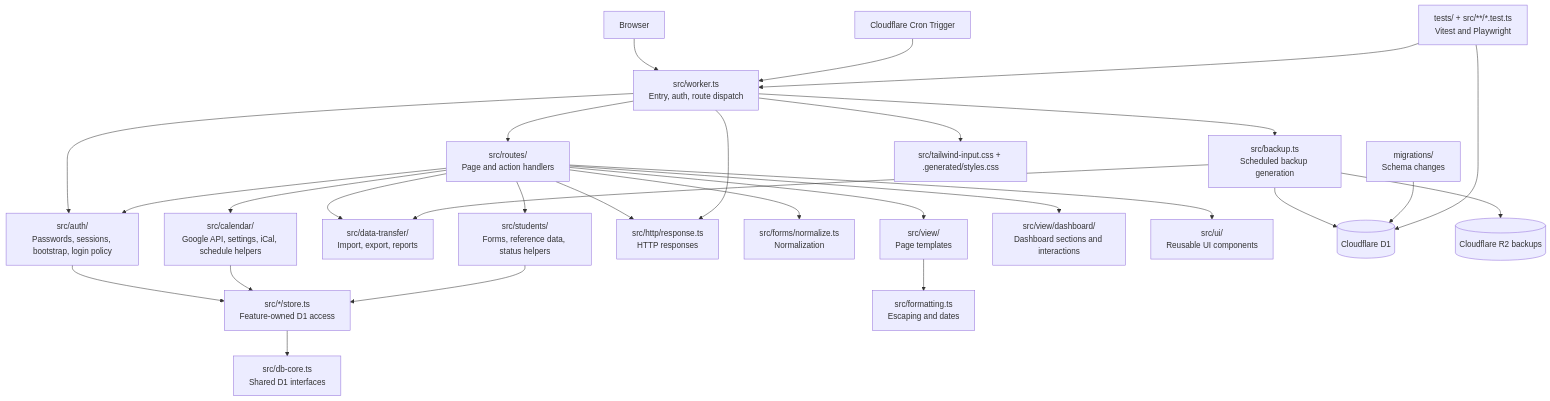
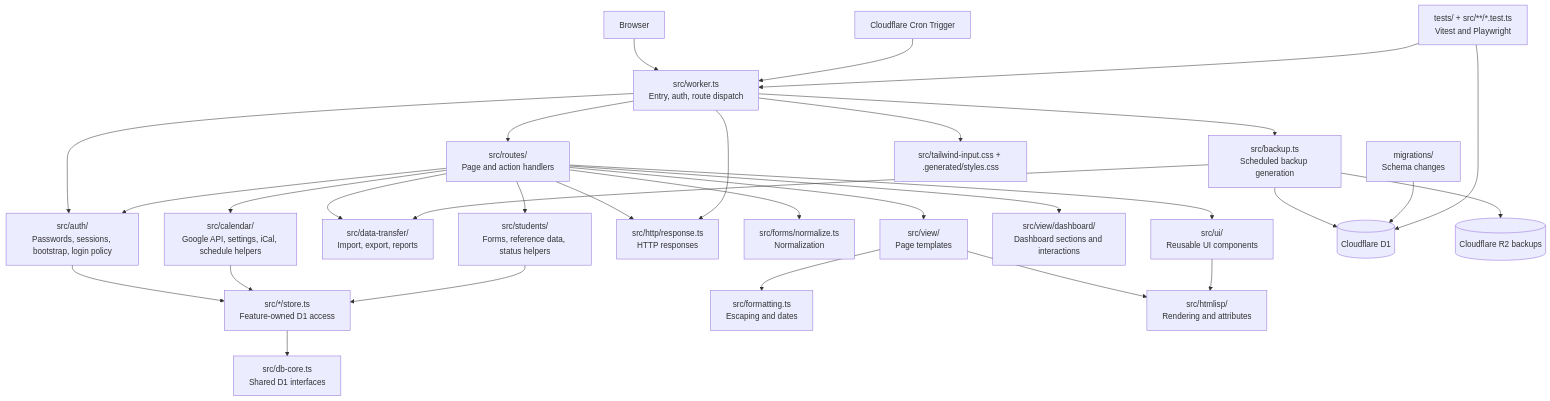
One commit to bebraw/thesis-journey-tracker changed the diagram in docs/project-structure.md. Above: the diagram before and after it, drawn with Mermaid. The commit also changed other lines of this file and 4 other files, not shown here.

````diff
--- a/docs/project-structure.md
+++ b/docs/project-structure.md
@@ -40,53 +41,56 @@
 ```mermaid
 graph TD
     Browser[Browser]
     Worker[src/worker.ts<br/>Entry, auth, route dispatch]
     Routes[src/routes/<br/>Page and action handlers]
     Auth[src/auth/<br/>Passwords, sessions, bootstrap, login policy]
     Calendar[src/calendar/<br/>Google API, settings, iCal, schedule helpers]
     DataTransfer[src/data-transfer/<br/>Import, export, reports]
     Students[src/students/<br/>Forms, reference data, status helpers]
     Stores[src/*/store.ts<br/>Feature-owned D1 access]
     DBCore[src/db-core.ts<br/>Shared D1 interfaces]
     Http[src/http/response.ts<br/>HTTP responses]
     Forms[src/forms/normalize.ts<br/>Normalization]
     Formatting[src/formatting.ts<br/>Escaping and dates]
+    HTMLisp[src/htmlisp/<br/>Rendering and attributes]
     Views[src/view/<br/>Page templates]
     Dashboard[src/view/dashboard/<br/>Dashboard sections and interactions]
     UI[src/ui/<br/>Reusable UI components]
     Backup[src/backup.ts<br/>Scheduled backup generation]
     D1[(Cloudflare D1)]
     R2[(Cloudflare R2 backups)]
     Migrations[migrations/<br/>Schema changes]
     Tests[tests/ + src/**/*.test.ts<br/>Vitest and Playwright]
     CSS[src/tailwind-input.css + .generated/styles.css]
     Cron[Cloudflare Cron Trigger]
 
     Browser --> Worker
     Worker --> Routes
     Worker --> Auth
     Routes --> Views
     Routes --> Dashboard
     Routes --> UI
     Routes --> Auth
     Routes --> Calendar
     Routes --> DataTransfer
     Routes --> Students
     Routes --> Http
     Routes --> Forms
     Auth --> Stores
     Calendar --> Stores
     Students --> Stores
     Stores --> DBCore
+    Views --> HTMLisp
+    UI --> HTMLisp
     Views --> Formatting
     Worker --> Backup
     Worker --> Http
     Worker --> CSS
     Cron --> Worker
     Backup --> D1
     Backup --> R2
     Backup --> DataTransfer
     Migrations --> D1
     Tests --> Worker
     Tests --> D1
 ```
````
